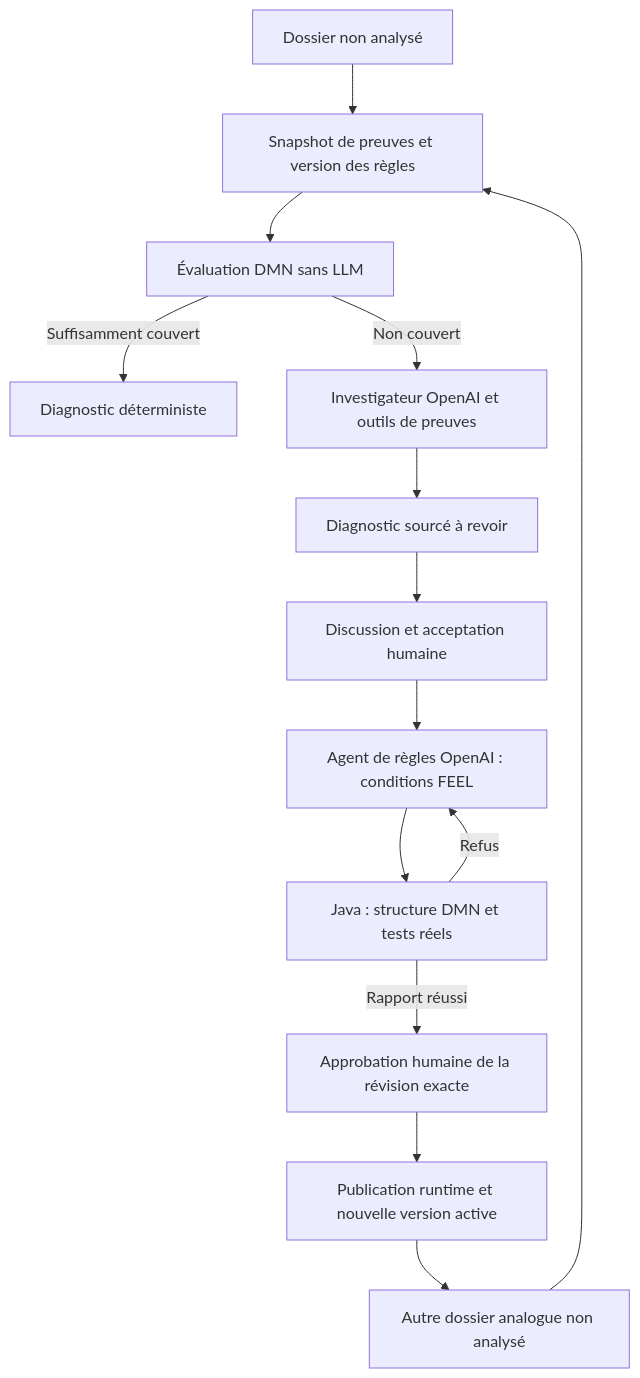
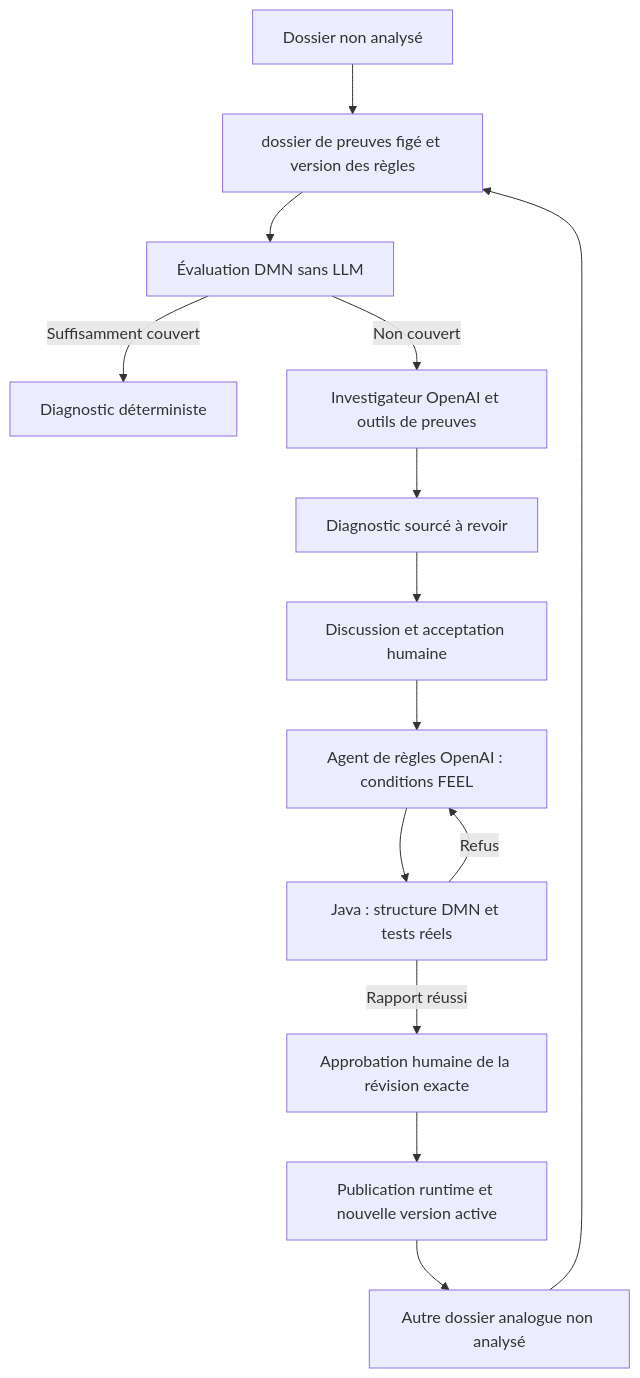
The diagram in framing/14-guide-pedagogique.md (Kekhermes/library-stock-gap-poc), drawn with Mermaid before and after one commit. The commit also changed other lines of this file and 45 other files, not shown here.

````diff
--- a/framing/14-guide-pedagogique.md
+++ b/framing/14-guide-pedagogique.md
@@ -19,16 +19,16 @@
 ```mermaid
 flowchart TD
-  A[Dossier non analysé] --> B[Snapshot de preuves et version des règles]
+  A[Dossier non analysé] --> B[dossier de preuves figé et version des règles]
   B --> C[Évaluation DMN sans LLM]
   C -->|Suffisamment couvert| D[Diagnostic déterministe]
   C -->|Non couvert| E[Investigateur OpenAI et outils de preuves]
   E --> F[Diagnostic sourcé à revoir]
   F --> G[Discussion et acceptation humaine]
   G --> H[Agent de règles OpenAI : conditions FEEL]
   H --> I[Java : structure DMN et tests réels]
   I -->|Refus| H
   I -->|Rapport réussi| J[Approbation humaine de la révision exacte]
   J --> K[Publication runtime et nouvelle version active]
   K --> L[Autre dossier analogue non analysé]
   L --> B
 ```
````
